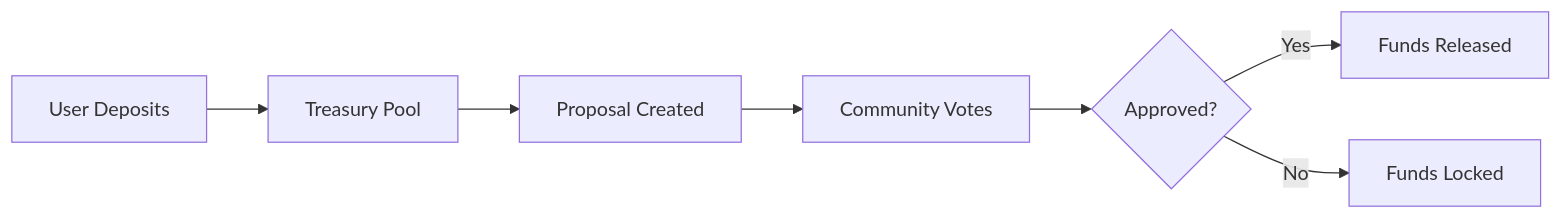
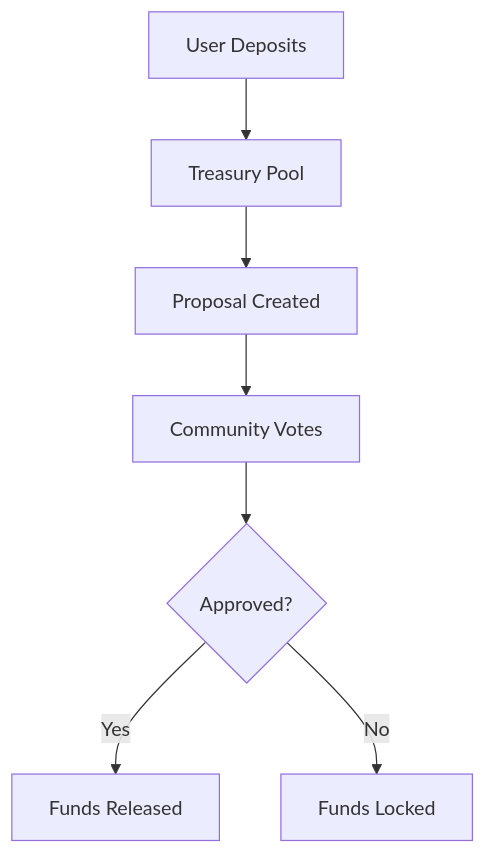
Before and after one commit to Venrable18/Stellar_LocalDoa: the fourth of 6 diagrams in README.md, drawn with Mermaid. The commit also changed other lines of this file, not shown here.

Commit message:
Update README with new flow diagrams and details

````diff
--- a/README.md
+++ b/README.md
@@ -89,9 +109,9 @@
 ```mermaid
-flowchart LR
-    A[User Deposits] --> B[Treasury Pool]
-    B --> C[Proposal Created]
-    C --> D[Community Votes]
-    D --> E{Approved?}
-    E -->|Yes| F[Funds Released]
-    E -->|No| G[Funds Locked]
+flowchart TD
+    A["User Deposits"] --> B["Treasury Pool"]
+    B --> C["Proposal Created"]
+    C --> D["Community Votes"]
+    D --> E{"Approved?"}
+    E -->|Yes| F["Funds Released"]
+    E -->|No| G["Funds Locked"]
 ```
````
